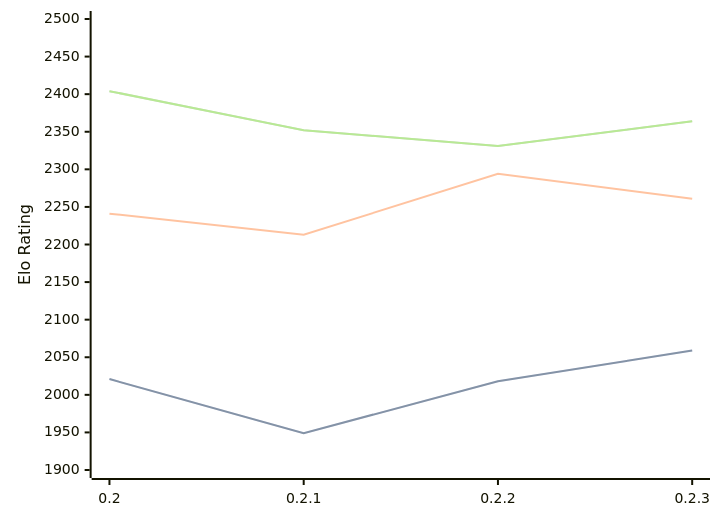
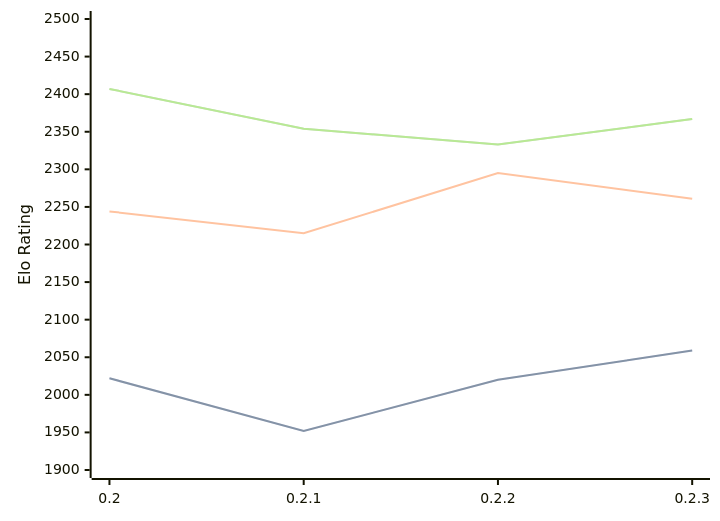
One commit to computer-chess-index/cci changed the diagram in engines/Lolbot.md. Above: the diagram before and after it, drawn with Mermaid. The commit also changed other lines of this file, not shown here.

Commit message:
Update CCI Ratings (ELO VLTC) - 2026-03-29

````diff
--- a/engines/Lolbot.md
+++ b/engines/Lolbot.md
@@ -35,11 +35,11 @@
 ```mermaid
 %%{init: {"theme":"base","themeVariables":{"seriesColors:['#a3a3a3','#222221','#faa371']}}}%%
 xychart-beta
   x-axis ["0.2", "0.2.1", "0.2.2", "0.2.3"]
   y-axis "Elo Rating" 1900 --> 2500
-  line "STC (8.0+0.08s)" [2021, 1949, 2018, 2059]
-  line "STC (8.0+0.08s)" [2021, 1949, 2018, 2059]
-  line "LTC (60.0+0.60s)" [2241, 2213, 2294, 2261]
-  line "VLTC (2m24s+1.12s)" [2404, 2352, 2331, 2364]
-  line "VLTC (2m24s+1.12s)" [2404, 2352, 2331, 2364]
+  line "STC (8.0+0.08s)" [2022, 1952, 2020, 2059]
+  line "STC (8.0+0.08s)" [2022, 1952, 2020, 2059]
+  line "LTC (60.0+0.60s)" [2244, 2215, 2295, 2261]
+  line "VLTC (2m24s+1.12s)" [2407, 2354, 2333, 2367]
+  line "VLTC (2m24s+1.12s)" [2407, 2354, 2333, 2367]
 ```
````
